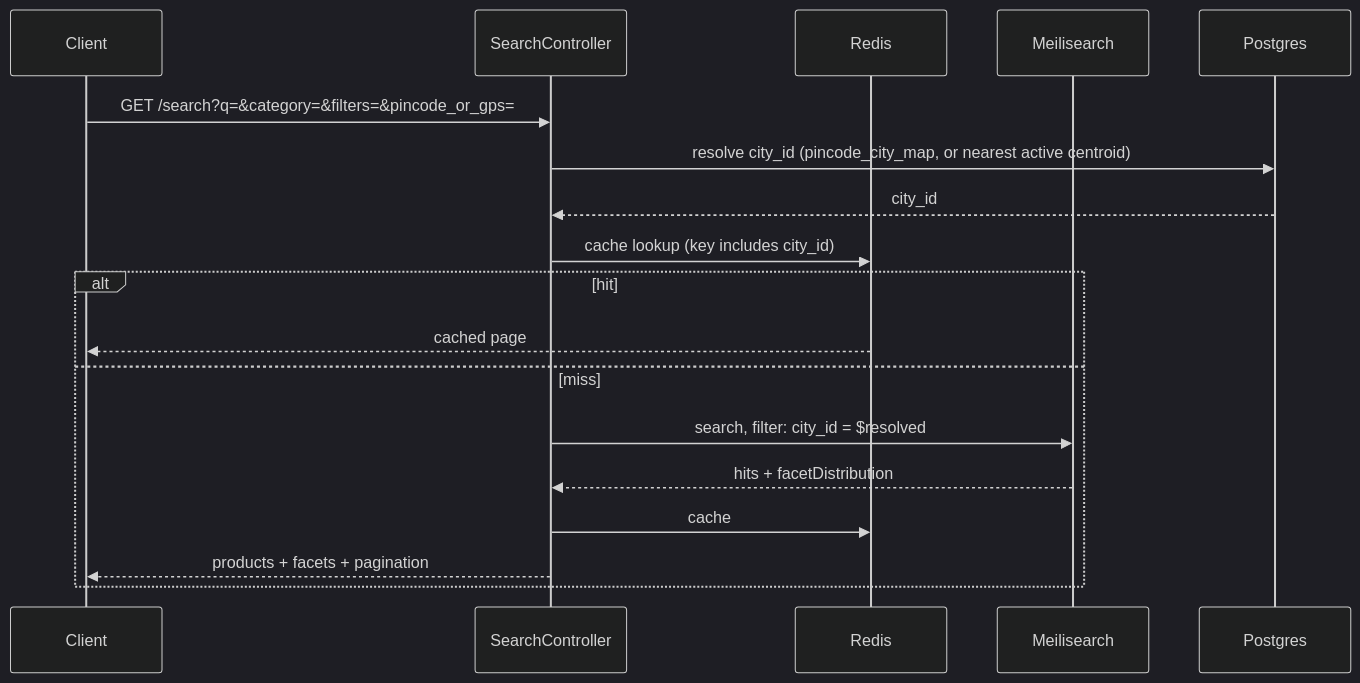
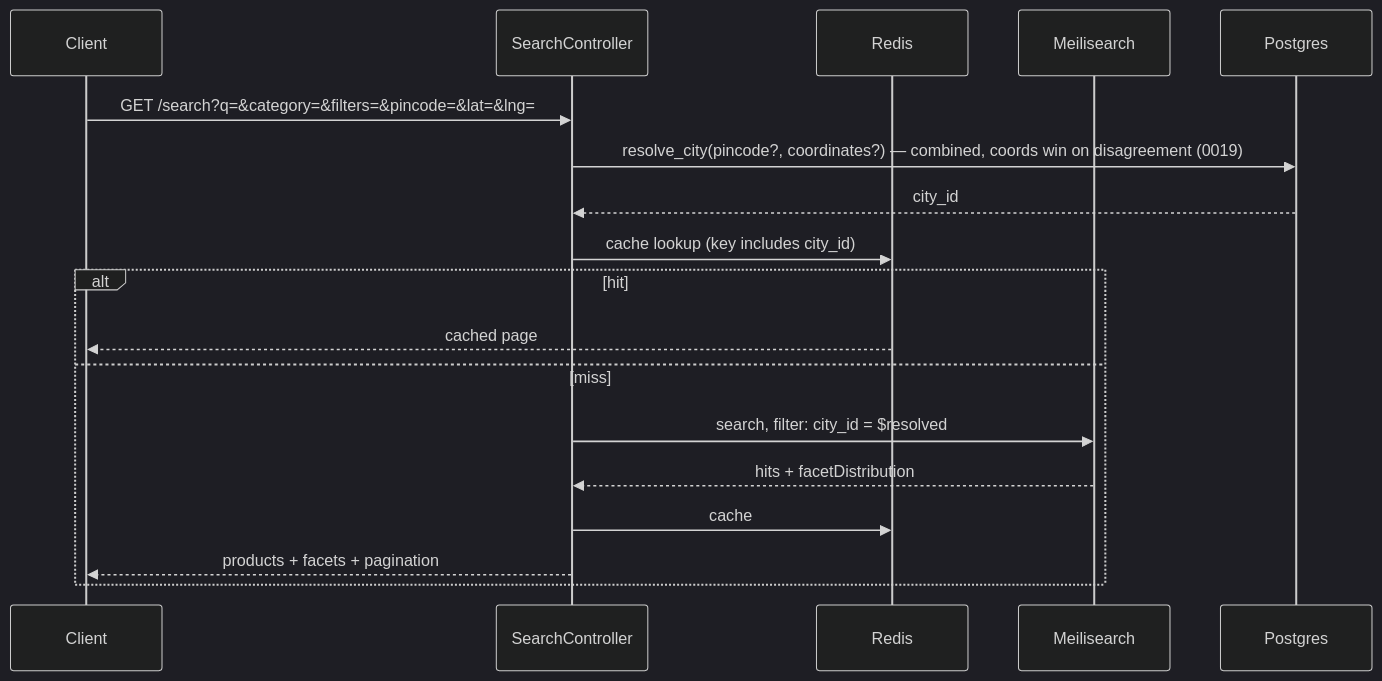
Before and after one commit to kailashstoneindia/golden-adobe: the third of 3 diagrams in docs/search-system-design.md, drawn with Mermaid (dark theme). The commit also changed other lines of this file and 6 other files, not shown here.

First line of the commit message:
docs(search): combined location resolution, admin search on Postgres, autocomplete, synonyms

````diff
--- a/docs/search-system-design.md
+++ b/docs/search-system-design.md
@@ -469,21 +471,21 @@
 ```mermaid
 sequenceDiagram
   participant C as Client
   participant API as SearchController
   participant R as Redis
   participant MS as Meilisearch
   participant PG as Postgres
 
-  C->>API: GET /search?q=&category=&filters=&pincode_or_gps=
-  API->>PG: resolve city_id (pincode_city_map, or nearest active centroid)
+  C->>API: GET /search?q=&category=&filters=&pincode=&lat=&lng=
+  API->>PG: resolve_city(pincode?, coordinates?) — combined, coords win on disagreement (0019)
   PG-->>API: city_id
   API->>R: cache lookup (key includes city_id)
   alt hit
     R-->>C: cached page
   else miss
     API->>MS: search, filter: city_id = $resolved
     MS-->>API: hits + facetDistribution
     API->>R: cache
     API-->>C: products + facets + pagination
   end
 ```
````
